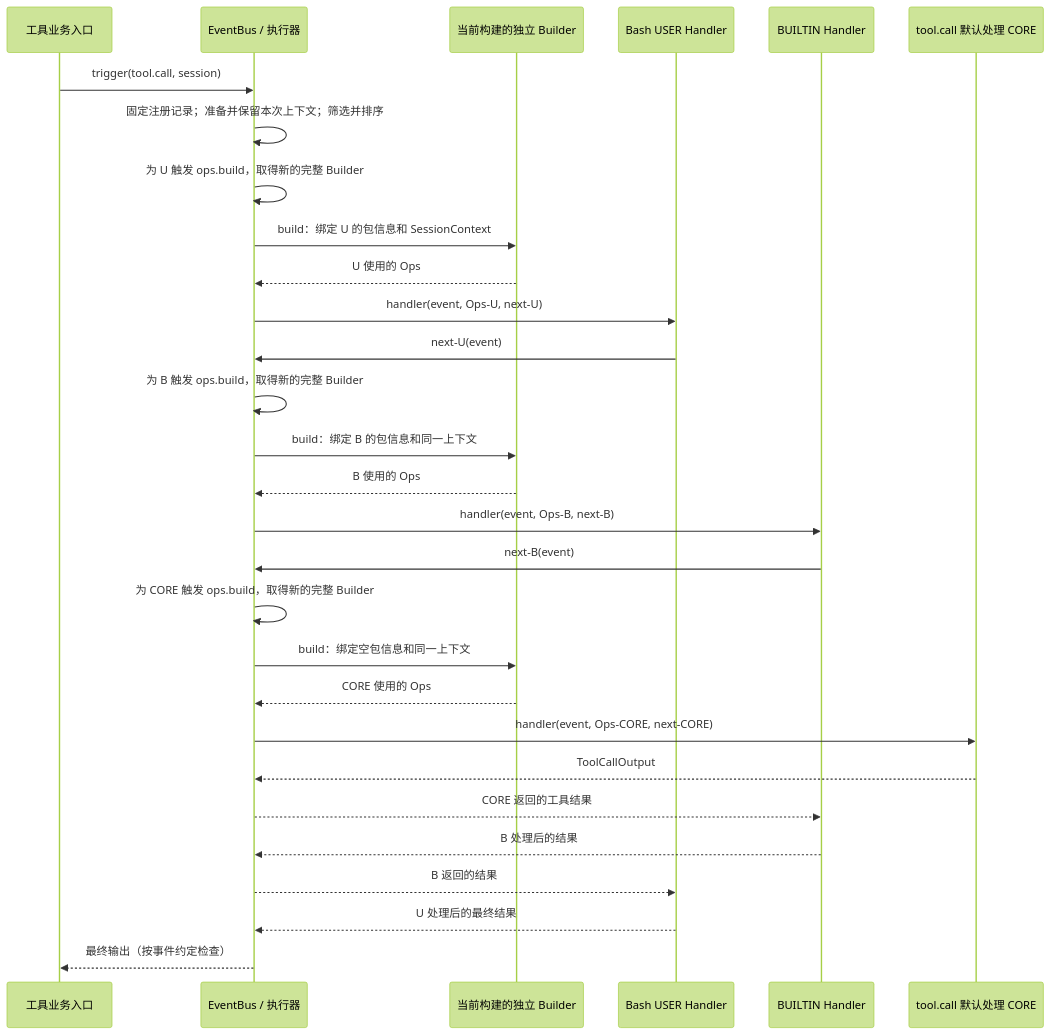
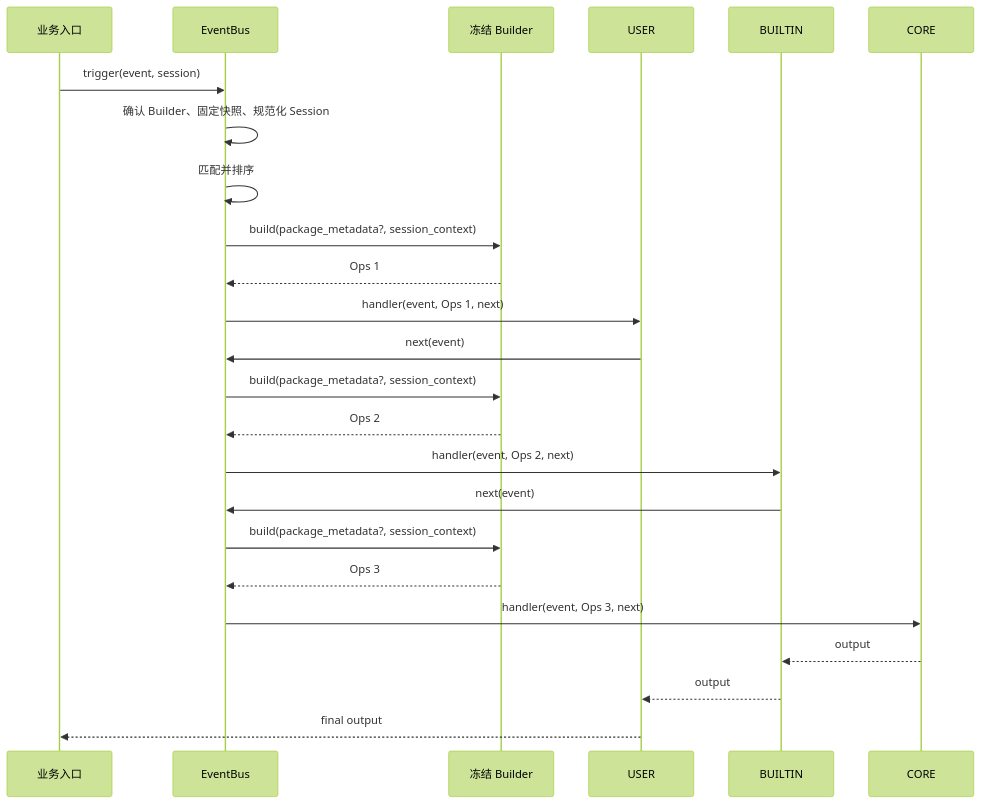
One commit to openJiuwen-ai/agent-core changed the third of 3 diagrams in openjiuwen/core/events/docs/designs/events-architecture.md. Above: the diagram before and after it, drawn with Mermaid (forest theme). The commit also changed other lines of this file and 16 other files, not shown here.

````diff
--- a/openjiuwen/core/events/docs/designs/events-architecture.md
+++ b/openjiuwen/core/events/docs/designs/events-architecture.md
@@ -612,31 +280,26 @@
 ```mermaid
 sequenceDiagram
-    participant Biz as 工具业务入口
-    participant Bus as EventBus / 执行器
-    participant Builder as 当前构建的独立 Builder
-    participant U as Bash USER Handler
-    participant B as BUILTIN Handler
-    participant C as tool.call 默认处理 CORE
-    Biz->>Bus: trigger(tool.call, session)
-    Bus->>Bus: 固定注册记录；准备并保留本次上下文；筛选并排序
-    Bus->>Bus: 为 U 触发 ops.build，取得新的完整 Builder
-    Bus->>Builder: build：绑定 U 的包信息和 SessionContext
-    Builder-->>Bus: U 使用的 Ops
-    Bus->>U: handler(event, Ops-U, next-U)
-    U->>Bus: next-U(event)
-    Bus->>Bus: 为 B 触发 ops.build，取得新的完整 Builder
-    Bus->>Builder: build：绑定 B 的包信息和同一上下文
-    Builder-->>Bus: B 使用的 Ops
-    Bus->>B: handler(event, Ops-B, next-B)
-    B->>Bus: next-B(event)
-    Bus->>Bus: 为 CORE 触发 ops.build，取得新的完整 Builder
-    Bus->>Builder: build：绑定空包信息和同一上下文
-    Builder-->>Bus: CORE 使用的 Ops
-    Bus->>C: handler(event, Ops-CORE, next-CORE)
-    C-->>Bus: ToolCallOutput
-    Bus-->>B: CORE 返回的工具结果
-    B-->>Bus: B 处理后的结果
-    Bus-->>U: B 返回的结果
-    U-->>Bus: U 处理后的最终结果
-    Bus-->>Biz: 最终输出（按事件约定检查）
+    participant Biz as 业务入口
+    participant Bus as EventBus
+    participant Builder as 冻结 Builder
+    participant User as USER
+    participant Builtin as BUILTIN
+    participant Core as CORE
+    Biz->>Bus: trigger(event, session)
+    Bus->>Bus: 确认 Builder、固定快照、规范化 Session
+    Bus->>Bus: 匹配并排序
+    Bus->>Builder: build(package_metadata?, session_context)
+    Builder-->>Bus: Ops 1
+    Bus->>User: handler(event, Ops 1, next)
+    User->>Bus: next(event)
+    Bus->>Builder: build(package_metadata?, session_context)
+    Builder-->>Bus: Ops 2
+    Bus->>Builtin: handler(event, Ops 2, next)
+    Builtin->>Bus: next(event)
+    Bus->>Builder: build(package_metadata?, session_context)
+    Builder-->>Bus: Ops 3
+    Bus->>Core: handler(event, Ops 3, next)
+    Core-->>Builtin: output
+    Builtin-->>User: output
+    User-->>Biz: final output
 ```
````
